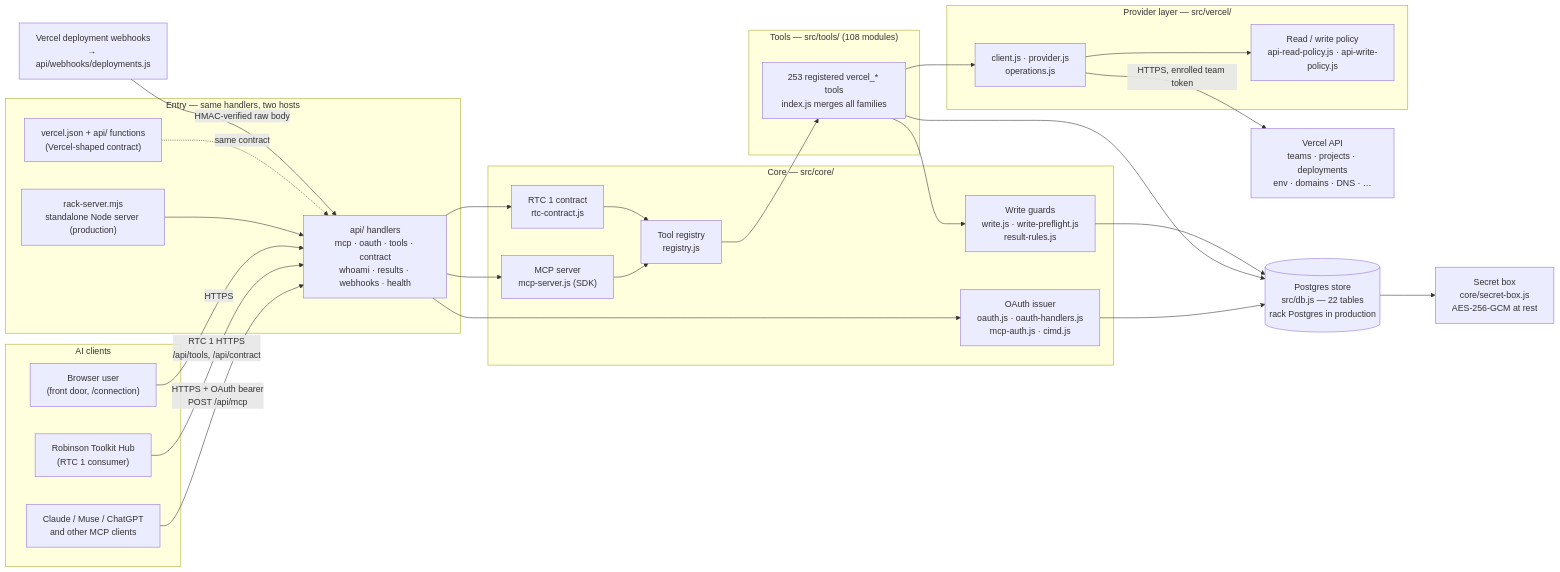
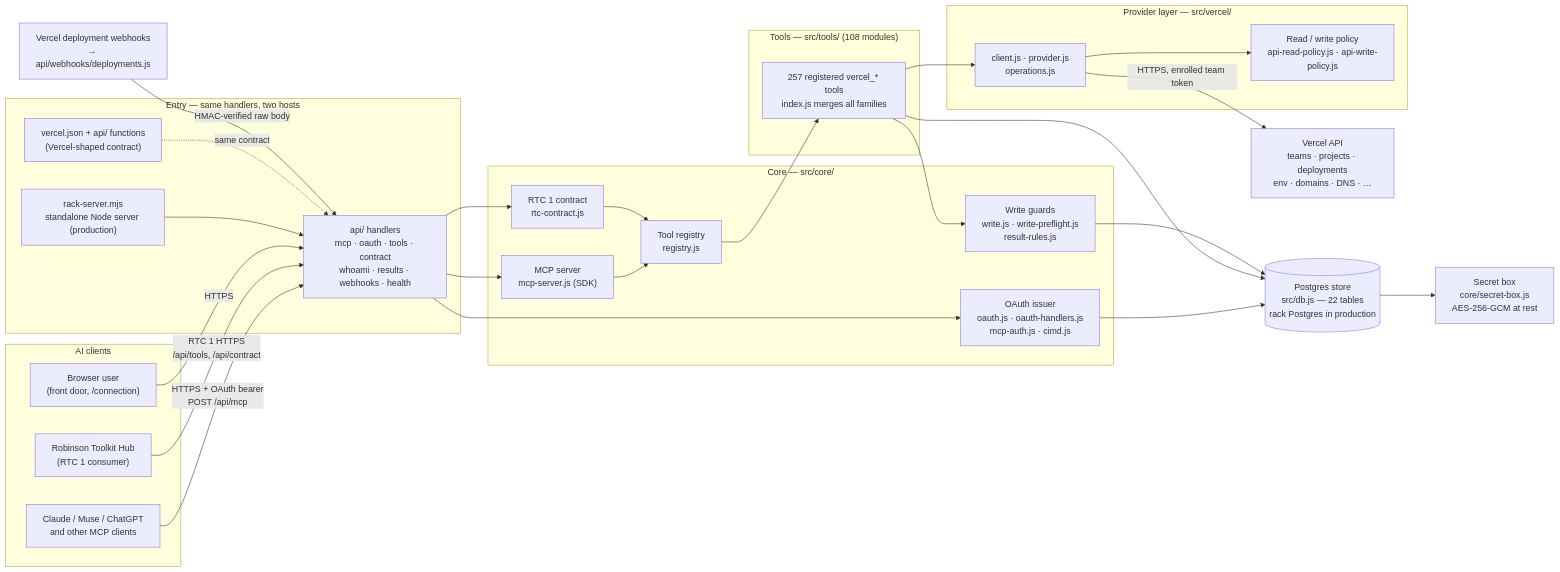
The diagram in docs/relational-map/README.md (Robinson-AI-Systems/vercel-mcp), drawn with Mermaid before and after one commit. The commit also changed 10 other files, not shown here.

````diff
--- a/docs/relational-map/README.md
+++ b/docs/relational-map/README.md
@@ -14,57 +14,57 @@
 ```mermaid
 flowchart LR
   subgraph clients["AI clients"]
     C1["Claude / Muse / ChatGPT<br/>and other MCP clients"]
     C2["Robinson Toolkit Hub<br/>(RTC 1 consumer)"]
     B1["Browser user<br/>(front door, /connection)"]
   end
 
   subgraph entry["Entry — same handlers, two hosts"]
     RACK["rack-server.mjs<br/>standalone Node server (production)"]
     VJSON["vercel.json + api/ functions<br/>(Vercel-shaped contract)"]
     API["api/ handlers<br/>mcp · oauth · tools · contract<br/>whoami · results · webhooks · health"]
   end
 
   subgraph core["Core — src/core/"]
     OAUTH["OAuth issuer<br/>oauth.js · oauth-handlers.js<br/>mcp-auth.js · cimd.js"]
     MCPSRV["MCP server<br/>mcp-server.js (SDK)"]
     REG["Tool registry<br/>registry.js"]
     WRITE["Write guards<br/>write.js · write-preflight.js<br/>result-rules.js"]
     RTC["RTC 1 contract<br/>rtc-contract.js"]
   end
 
   subgraph tools["Tools — src/tools/ (108 modules)"]
-    T["253 registered vercel_* tools<br/>index.js merges all families"]
+    T["257 registered vercel_* tools<br/>index.js merges all families"]
   end
 
   subgraph prov["Provider layer — src/vercel/"]
     PC["client.js · provider.js<br/>operations.js"]
     POL["Read / write policy<br/>api-read-policy.js · api-write-policy.js"]
   end
 
   DB[("Postgres store<br/>src/db.js — 22 tables<br/>rack Postgres in production")]
   SEC["Secret box<br/>core/secret-box.js<br/>AES-256-GCM at rest"]
   VAPI["Vercel API<br/>teams · projects · deployments<br/>env · domains · DNS · …"]
   WH["Vercel deployment webhooks<br/>→ api/webhooks/deployments.js"]
 
   C1 -->|"HTTPS + OAuth bearer<br/>POST /api/mcp"| API
   C2 -->|"RTC 1 HTTPS<br/>/api/tools, /api/contract"| API
   B1 -->|"HTTPS"| API
   RACK --> API
   VJSON -.->|"same contract"| API
   API --> OAUTH
   API --> MCPSRV
   API --> RTC
   MCPSRV --> REG
   RTC --> REG
   REG --> T
   T --> WRITE
   T --> PC
   PC --> POL
   PC -->|"HTTPS, enrolled team token"| VAPI
   OAUTH --> DB
   T --> DB
   WRITE --> DB
   DB --> SEC
   WH -->|"HMAC-verified raw body"| API
 ```
````
